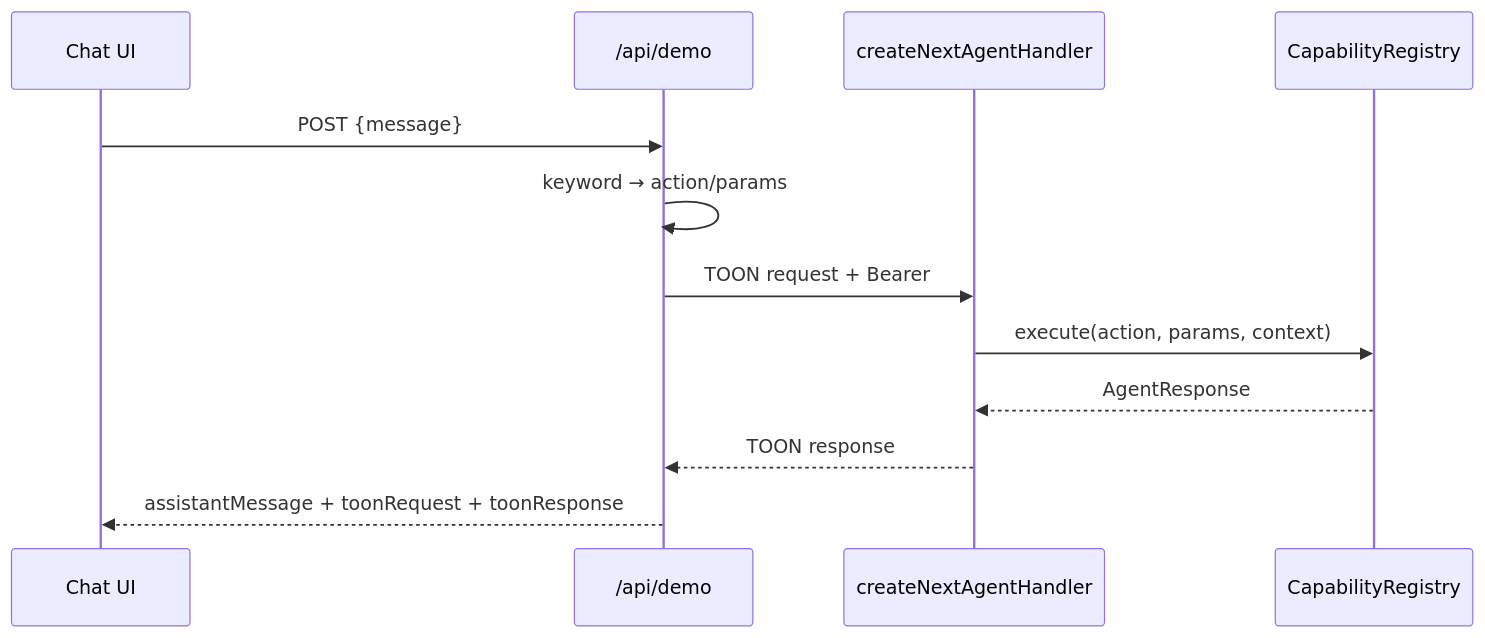
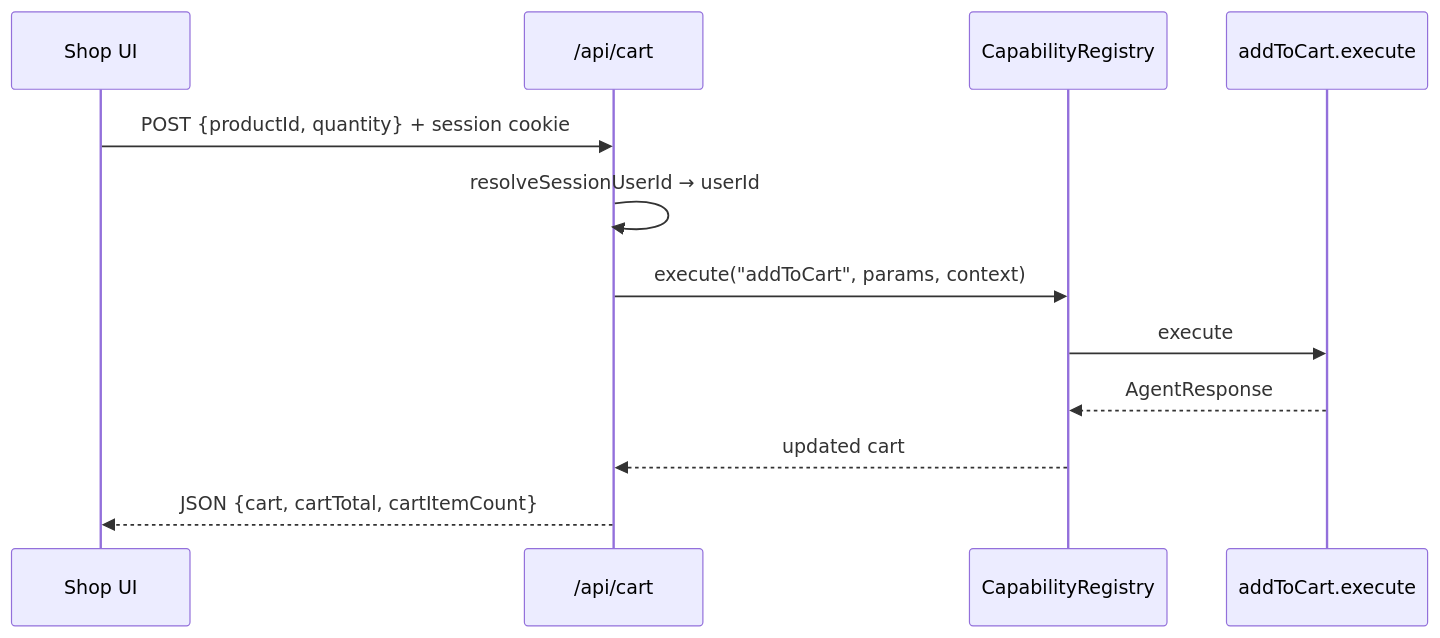
Before and after one commit to Luke-official/lite-toon: the second of 2 diagrams in docs/guide/study-guide.md, drawn with Mermaid. The commit also changed other lines of this file and 55 other files, not shown here.

Commit message:
feat: implement new cart API endpoints and enhance demo app UI; remove legacy MCP message and SSE endpoints, update documentation, and improve user experience with clearer prompts and cart management features

````diff
--- a/docs/guide/study-guide.md
+++ b/docs/guide/study-guide.md
@@ -363,15 +362,15 @@
 ```mermaid
 sequenceDiagram
-    participant UI as Chat UI
-    participant Demo as /api/demo
-    participant Adapter as createNextAgentHandler
+    participant UI as Shop UI
+    participant Cart as /api/cart
     participant Reg as CapabilityRegistry
+    participant Cap as addToCart.execute
 
-    UI->>Demo: POST {message}
-    Demo->>Demo: keyword → action/params
-    Demo->>Adapter: TOON request + Bearer
-    Adapter->>Reg: execute(action, params, context)
-    Reg-->>Adapter: AgentResponse
-    Adapter-->>Demo: TOON response
-    Demo-->>UI: assistantMessage + toonRequest + toonResponse
+    UI->>Cart: POST {productId, quantity} + session cookie
+    Cart->>Cart: resolveSessionUserId → userId
+    Cart->>Reg: execute("addToCart", params, context)
+    Reg->>Cap: execute
+    Cap-->>Reg: AgentResponse
+    Reg-->>Cart: updated cart
+    Cart-->>UI: JSON {cart, cartTotal, cartItemCount}
 ```
````
